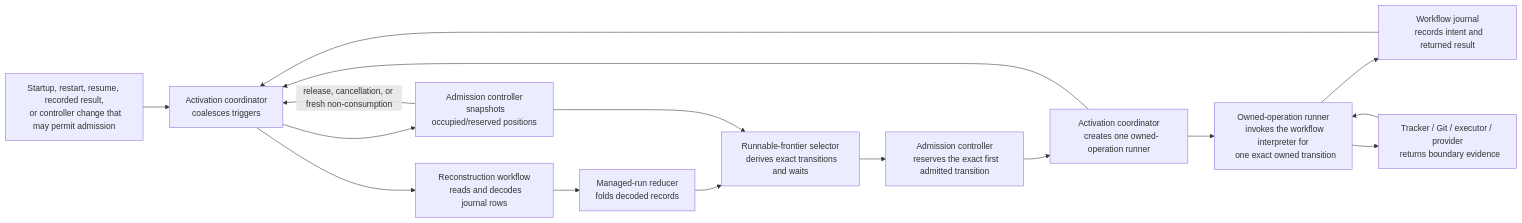
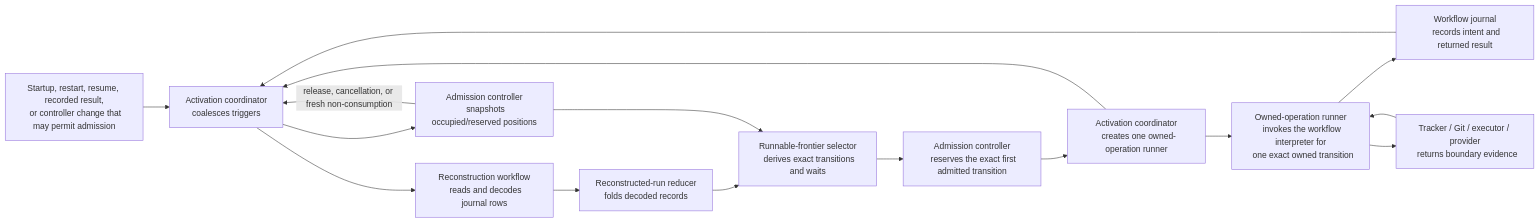
One commit to dearlordylord/dalph changed the diagram in research/issue-132-activation-ownership-decision.md. Above: the diagram before and after it, drawn with Mermaid. The commit also changed other lines of this file and 50 other files, not shown here.

Commit message:
Rename managed run history concepts

````diff
--- a/research/issue-132-activation-ownership-decision.md
+++ b/research/issue-132-activation-ownership-decision.md
@@ -115,42 +115,42 @@
 ```mermaid
 flowchart LR
   T["Startup, restart, resume, recorded result,
   or controller change that may permit admission"]
   L["Activation coordinator
   coalesces triggers"]
   R["Reconstruction workflow
   reads and decodes journal rows"]
-  M["Managed-run reducer
+  M["Reconstructed-run reducer
   folds decoded records"]
   C["Admission controller
   snapshots occupied/reserved positions"]
   S["Runnable-frontier selector
   derives exact transitions and waits"]
   A["Admission controller
   reserves the exact first admitted transition"]
   O["Activation coordinator
   creates one owned-operation runner"]
   I["Owned-operation runner
   invokes the workflow interpreter for
   one exact owned transition"]
   J["Workflow journal
   records intent and returned result"]
   E["Tracker / Git / executor / provider
   returns boundary evidence"]
 
   T --> L
   L --> R
   L --> C
   R --> M
   M --> S
   C --> S
   S --> A
   A --> O
   O --> I
   O --> L
   I --> J
   I --> E
   E --> I
   J --> L
   C -->|"release, cancellation, or fresh non-consumption"| L
 ```
````
